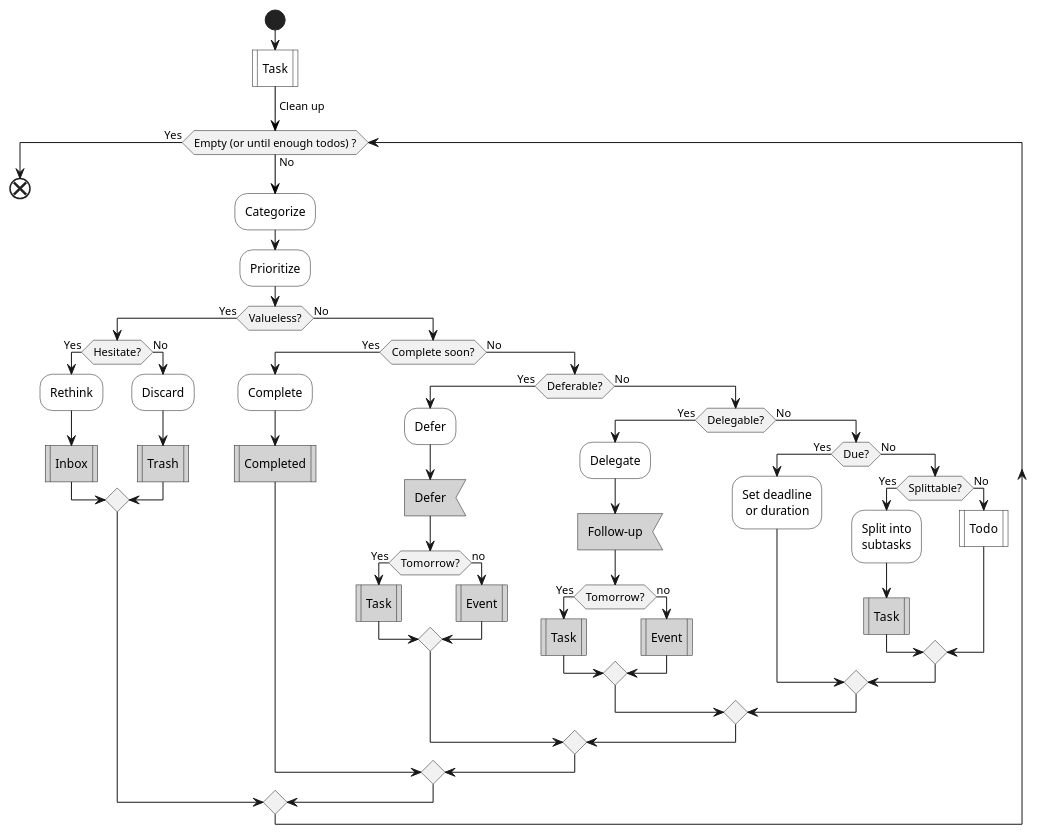
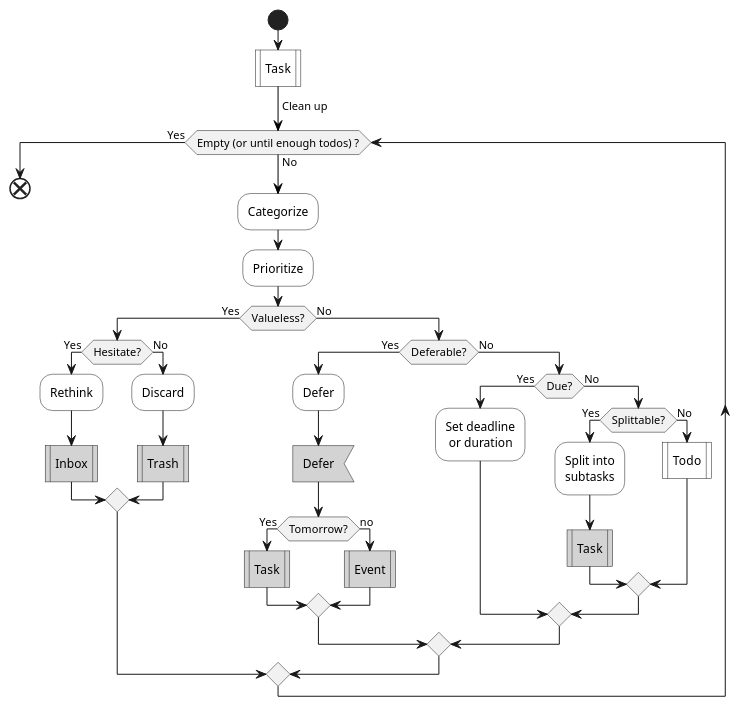
The second of 5 diagrams in lifelogs/rehabilitation.md (IceHe/icehe-lib), drawn with PlantUML before and after one commit. The commit also changed other lines of this file and 1 other file, not shown here.

````diff
--- a/lifelogs/rehabilitation.md
+++ b/lifelogs/rehabilitation.md
@@ -246,58 +244,43 @@
 ```plantuml
 @startuml
 start
 #white:Task|
 -[#black]-> Clean up;
 while (Empty (or until enough todos) ?) is (No)
     #white:Categorize;
     #white:Prioritize;
     if (Valueless?) then (Yes)
         if (Hesitate?) then (Yes)
             #white:Rethink;
             #lightGray:Inbox|
         else (No)
             #white:Discard;
             #lightGray:Trash|
         endif
     else (No)
-        if (Complete soon?) then (Yes)
-            #white:Complete;
-            #lightGray:Completed|
+        if (Deferable?) then (Yes)
+            #white:Defer;
+            #lightGray:Defer<
+            if (Tomorrow?) then (Yes)
+                #lightGray:Task|
+            else (no)
+                #lightGray:Event|
+            endif
         else (No)
-            if (Deferable?) then (Yes)
-                #white:Defer;
-                #lightGray:Defer<
-                if (Tomorrow?) then (Yes)
+            if (Due?) then (Yes)
+                #white:Set deadline\n or duration;
+            else (No)
+                if (Splittable?) then (Yes)
+                    #white:Split into\nsubtasks;
+                    'note right : SMART 法则
                     #lightGray:Task|
-                else (no)
-                    #lightGray:Event|
-                endif
-            else (No)
-                if (Delegable?) then (Yes)
-                    #white:Delegate;
-                    #lightGray:Follow-up<
-                    if (Tomorrow?) then (Yes)
-                        #lightGray:Task|
-                    else (no)
-                        #lightGray:Event|
-                    endif
                 else (No)
-                    if (Due?) then (Yes)
-                        #white:Set deadline\n or duration;
-                    else (No)
-                        if (Splittable?) then (Yes)
-                            #white:Split into\nsubtasks;
-                            'note right : SMART 法则
-                            #lightGray:Task|
-                        else (No)
-                            #white:Todo|
-                        endif
-                    endif
+                    #white:Todo|
                 endif
             endif
         endif
     endif
 endwhile (Yes)
 end
 @enduml
 ```
````
